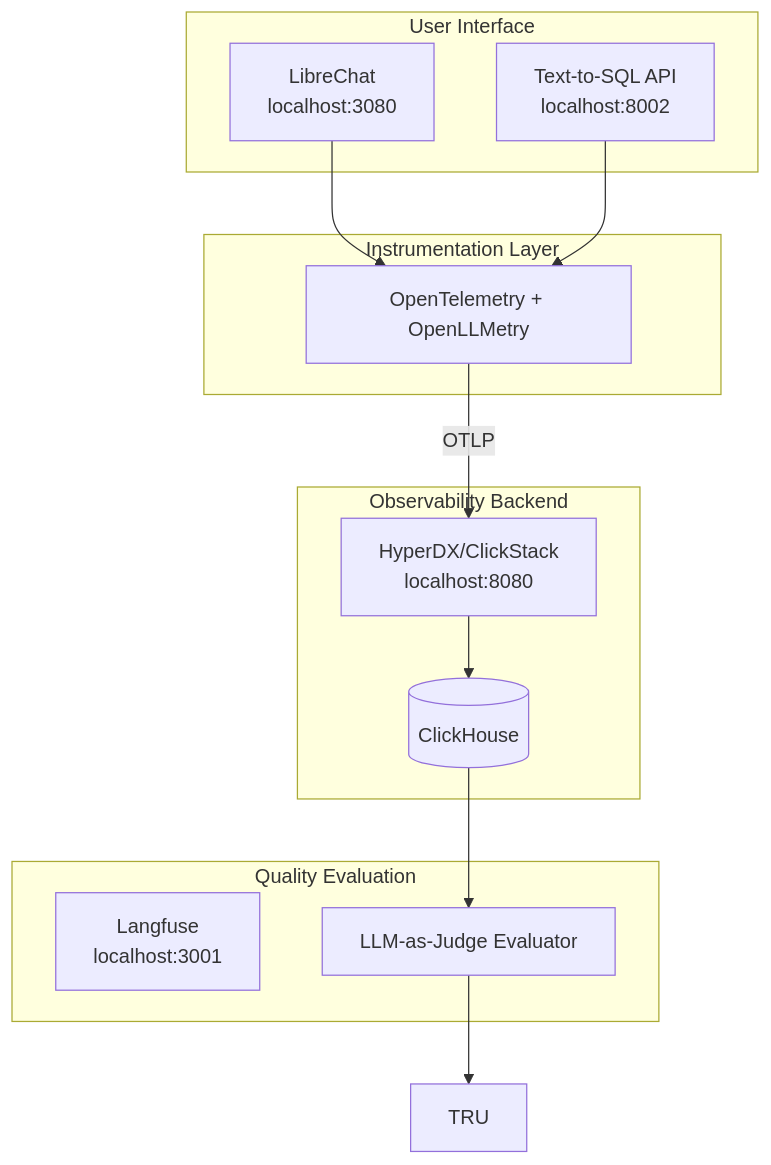
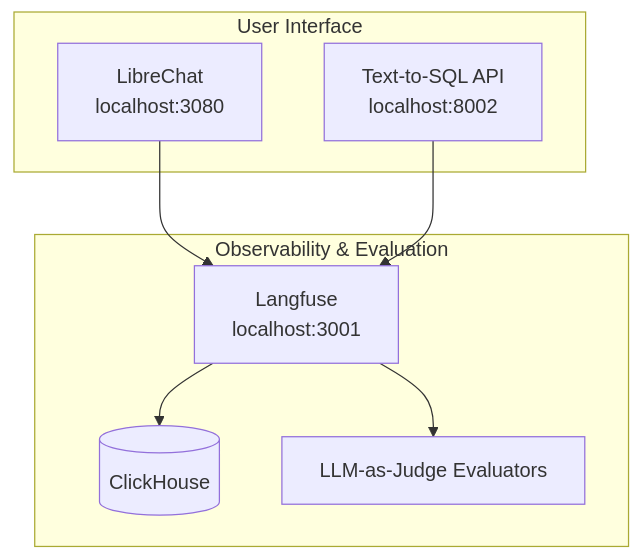
One commit to doneyli/clickhouse-llm-observability changed the diagram in docs/QUICKSTART_GUIDE.md. Above: the diagram before and after it, drawn with Mermaid. The commit also changed other lines of this file and 55 other files, not shown here.

First line of the commit message:
Remove ClickStack/HyperDX, simplify to Langfuse-only observability

````diff
--- a/docs/QUICKSTART_GUIDE.md
+++ b/docs/QUICKSTART_GUIDE.md
@@ -71,28 +59,18 @@
 ```mermaid
 flowchart TB
     subgraph UI["User Interface"]
         LC[LibreChat<br/>localhost:3080]
         API[Text-to-SQL API<br/>localhost:8002]
     end
 
-    subgraph INST["Instrumentation Layer"]
-        OTEL[OpenTelemetry + OpenLLMetry]
+    subgraph OBS["Observability & Evaluation"]
+        LF[Langfuse<br/>localhost:3001]
+        CH[(ClickHouse)]
+        EVL[LLM-as-Judge Evaluators]
     end
 
-    subgraph OBS["Observability Backend"]
-        HDX[HyperDX/ClickStack<br/>localhost:8080]
-        CH[(ClickHouse)]
-    end
-
-    subgraph EVAL["Quality Evaluation"]
-        LF[Langfuse<br/>localhost:3001]
-        EVL[LLM-as-Judge Evaluator]
-    end
-
-    LC --> OTEL
-    API --> OTEL
-    OTEL -->|OTLP| HDX
-    HDX --> CH
-    CH --> EVL
-    EVL --> TRU
+    LC --> LF
+    API --> LF
+    LF --> CH
+    LF --> EVL
 ```
````
